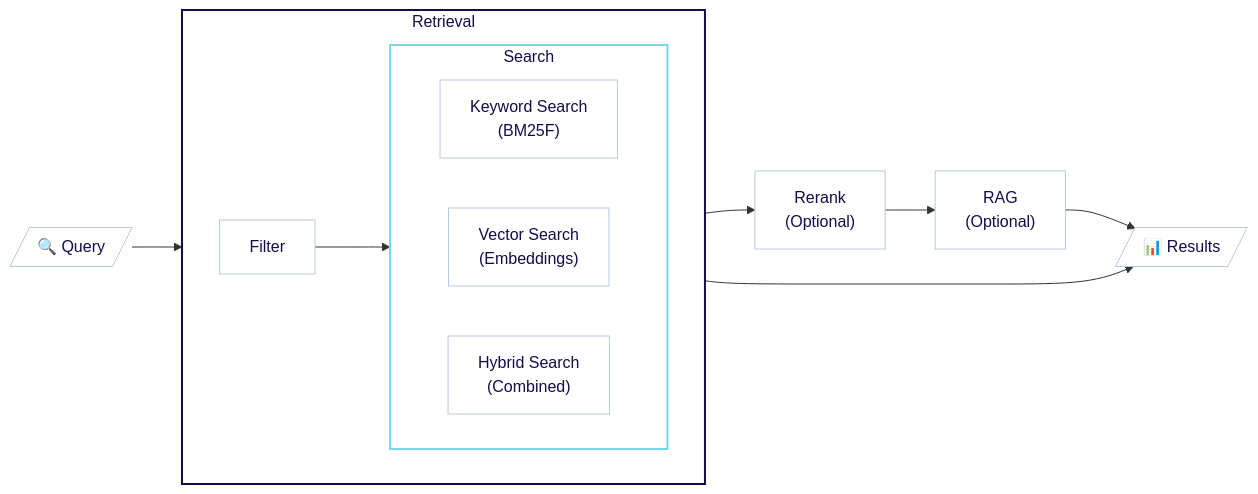
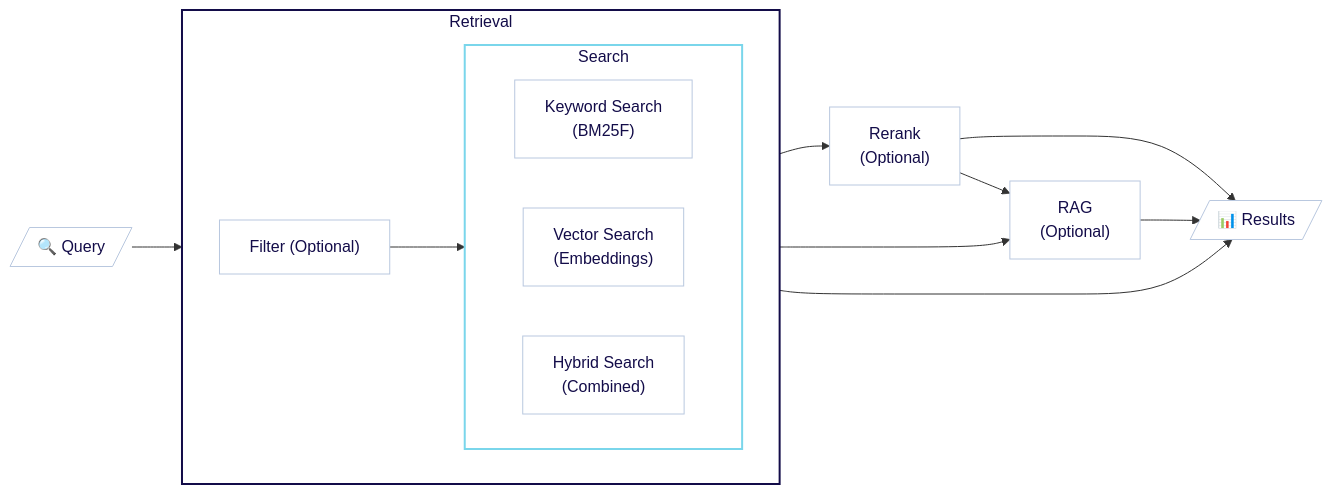
One commit to weaviate/docs changed the diagram in docs/weaviate/concepts/search/index.md. Above: the diagram before and after it, drawn with Mermaid. The commit also changed other lines of this file and 15 other files, not shown here.

````diff
--- a/docs/weaviate/concepts/search/index.md
+++ b/docs/weaviate/concepts/search/index.md
@@ -27,48 +27,50 @@
 ```mermaid
 flowchart LR
     %% Node definitions
     Query[/"🔍 Query"/]
-    Filter["Filter"]
+    Filter["Filter (Optional)"]
     Key["Keyword Search<br> (BM25F)"]
     Vec["Vector Search<br> (Embeddings)"]
     Hyb["Hybrid Search<br> (Combined)"]
     Rerank["Rerank<br> (Optional)"]
     RAG["RAG<br> (Optional)"]
     Results[/"📊 Results"/]
 
     %% Main flow grouping
     subgraph retrieval ["Retrieval"]
         direction LR
         Filter
         search
     end
 
     subgraph search ["Search"]
         direction LR
         Key
         Vec
         Hyb
     end
 
     %% Connections
     Query --> retrieval
     Filter --> search
     retrieval --> Results
     retrieval --> Rerank
+    retrieval --> RAG
+    Rerank --> Results
     Rerank --> RAG
     RAG --> Results
 
     %% Node styles
     style Query fill:#ffffff,stroke:#B9C8DF,color:#130C49
     style Filter fill:#ffffff,stroke:#B9C8DF,color:#130C49
     style Key fill:#ffffff,stroke:#B9C8DF,color:#130C49
     style Vec fill:#ffffff,stroke:#B9C8DF,color:#130C49
     style Hyb fill:#ffffff,stroke:#B9C8DF,color:#130C49
     style Rerank fill:#ffffff,stroke:#B9C8DF,color:#130C49
     style RAG fill:#ffffff,stroke:#B9C8DF,color:#130C49
     style Results fill:#ffffff,stroke:#B9C8DF,color:#130C49
 
     %% Subgraph styles
     style retrieval fill:#ffffff,stroke:#130C49,stroke-width:2px,color:#130C49
     style search fill:#ffffff,stroke:#7AD6EB,stroke-width:2px,color:#130C49
 ```
````
